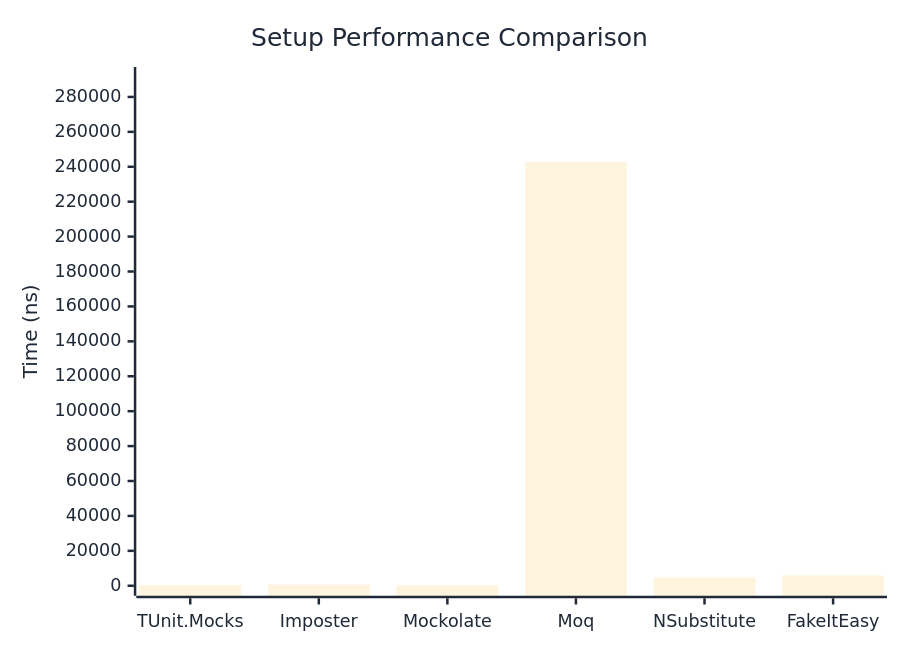
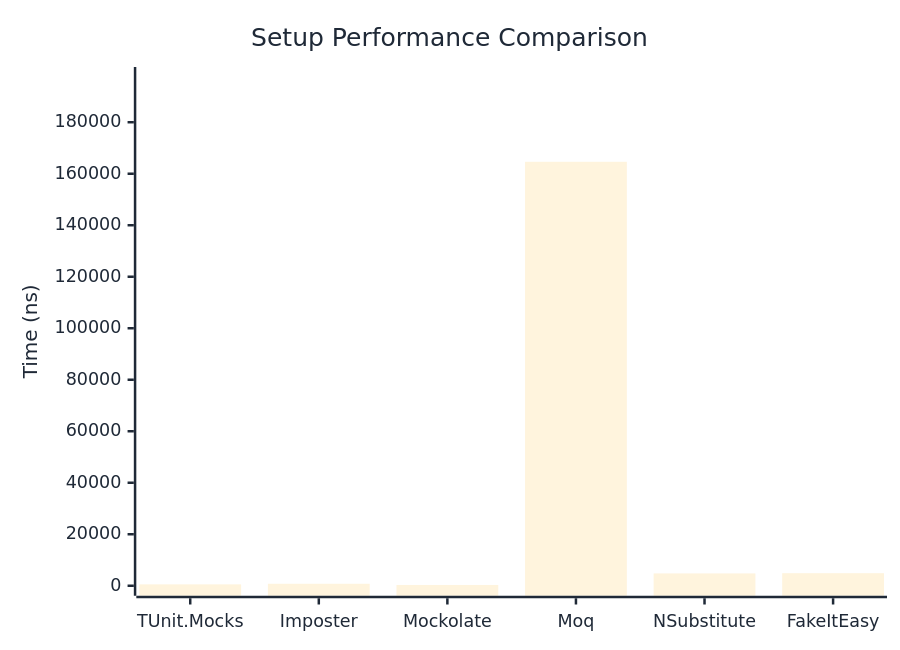
The first of 2 diagrams in docs/docs/benchmarks/mocks/Setup.md (thomhurst/TUnit), drawn with Mermaid before and after one commit. The commit also changed other lines of this file and 14 other files, not shown here.

````diff
--- a/docs/docs/benchmarks/mocks/Setup.md
+++ b/docs/docs/benchmarks/mocks/Setup.md
@@ -30,27 +30,27 @@
 ```mermaid
 %%{init: {
   'theme':'base',
   'themeVariables': {
     'primaryColor': '#2563eb',
     'primaryTextColor': '#1f2937',
     'primaryBorderColor': '#1e40af',
     'lineColor': '#6b7280',
     'secondaryColor': '#7c3aed',
     'tertiaryColor': '#dc2626',
     'background': '#ffffff',
     'pie1': '#2563eb',
     'pie2': '#7c3aed',
     'pie3': '#dc2626',
     'pie4': '#f59e0b',
     'pie5': '#10b981',
     'pie6': '#06b6d4',
     'pie7': '#ec4899',
     'pie8': '#6366f1'
   }
 }}%%
 xychart-beta
   title "Setup Performance Comparison"
   x-axis ["TUnit.Mocks", "Imposter", "Mockolate", "Moq", "NSubstitute", "FakeItEasy"]
-  y-axis "Time (ns)" 0 --> 291419
-  bar [437.1, 647.9, 251, 242848.4, 4753.3, 5904.7]
+  y-axis "Time (ns)" 0 --> 197561
+  bar [536, 773.1, 306.7, 164633.8, 4793.5, 4873.2]
 ```
````
